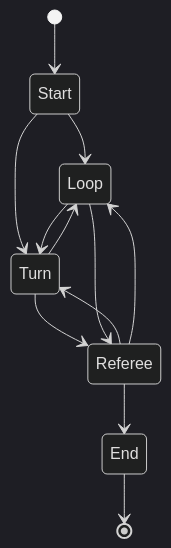
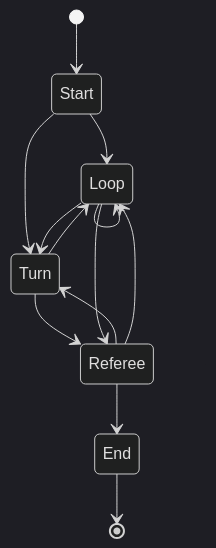
The diagram in .docs/Máquina de estados de batalla.md (Andresit1524/beast_card_clash), drawn with Mermaid (dark theme) before and after one commit. The commit also changed other lines of this file and 11 other files, not shown here.

````diff
--- a/.docs/Máquina de estados de batalla.md
+++ b/.docs/Máquina de estados de batalla.md
@@ -12,18 +12,19 @@
 ```mermaid
 stateDiagram
     [*] --> Start
     
     Start --> Loop
     Start --> Turn
 
     Turn --> Loop
     Loop --> Turn
+    Loop --> Loop
     Turn --> Referee
     Loop --> Referee
 
     Referee --> Turn
     Referee --> Loop
     Referee --> End
 
     End --> [*]
 ```
````
